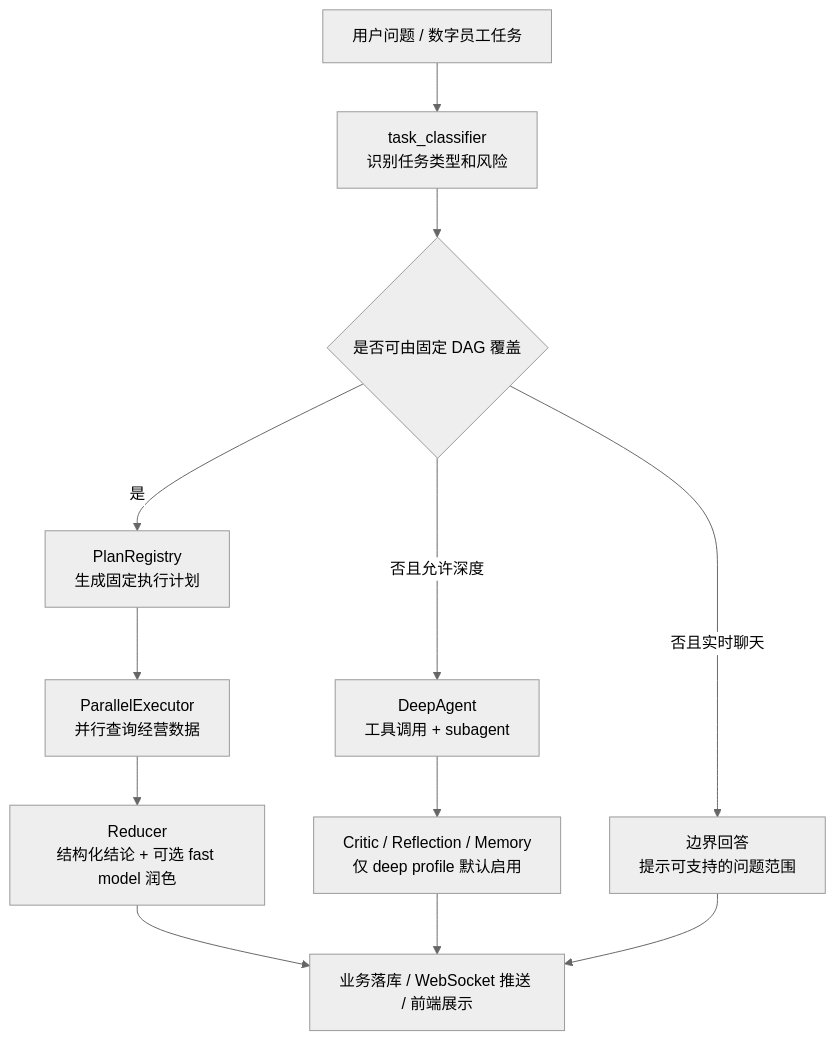
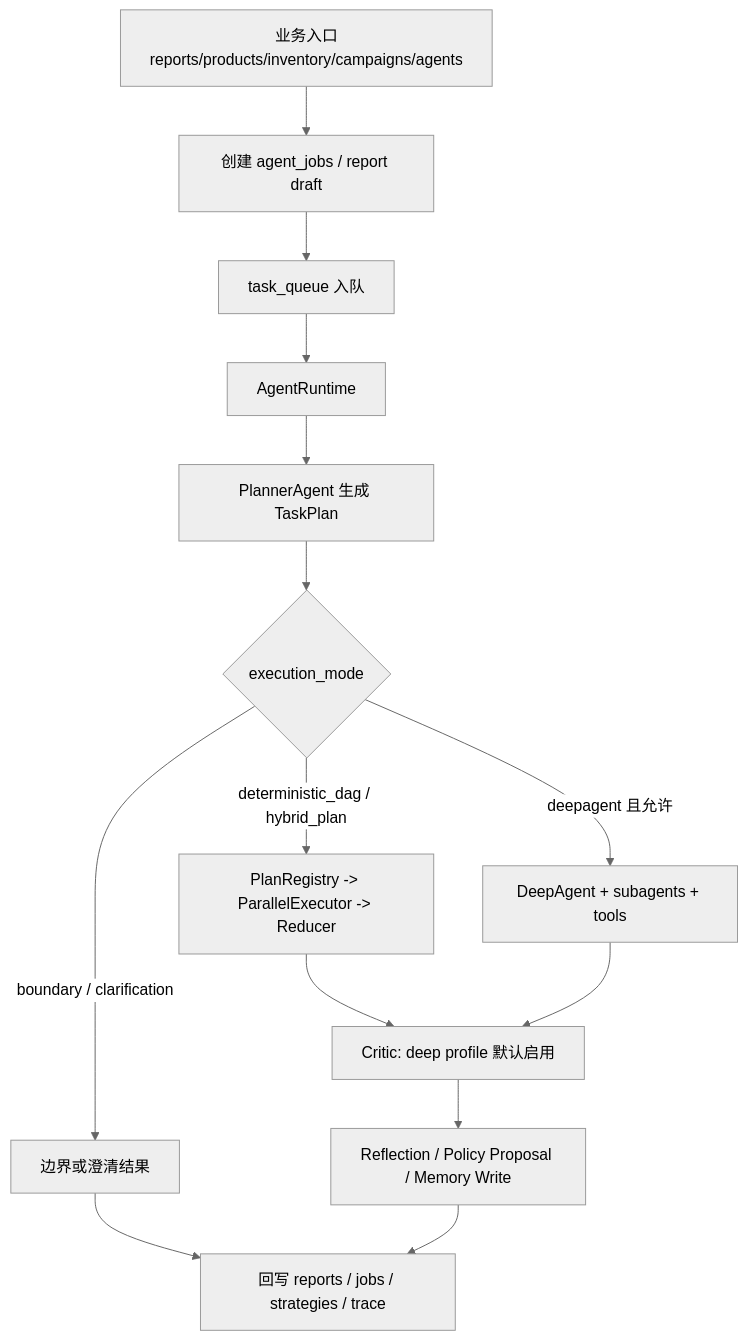
Before and after one commit to lbk119/EcommerceAgent: the third of 6 diagrams in README.md, drawn with Mermaid (neutral theme). The commit also changed other lines of this file and 48 other files, not shown here.

Commit message:
feat: add planner agent architecture docs

````diff
--- a/README.md
+++ b/README.md
@@ -52,14 +76,16 @@
 ```mermaid
 flowchart TD
-  Q["用户问题 / 数字员工任务"] --> C["task_classifier<br/>识别任务类型和风险"]
-  C --> P{"是否可由固定 DAG 覆盖"}
-  P -->|是| R["PlanRegistry<br/>生成固定执行计划"]
-  R --> E["ParallelExecutor<br/>并行查询经营数据"]
-  E --> D["Reducer<br/>结构化结论 + 可选 fast model 润色"]
-  D --> O["业务落库 / WebSocket 推送 / 前端展示"]
-  P -->|否且允许深度| G["DeepAgent<br/>工具调用 + subagent"]
-  G --> K["Critic / Reflection / Memory<br/>仅 deep profile 默认启用"]
-  K --> O
-  P -->|否且实时聊天| B["边界回答<br/>提示可支持的问题范围"]
-  B --> O
+  Start["业务入口<br/>reports/products/inventory/campaigns/agents"] --> Job["创建 agent_jobs / report draft"]
+  Job --> Queue["task_queue 入队"]
+  Queue --> Runtime["AgentRuntime"]
+  Runtime --> Plan["PlannerAgent 生成 TaskPlan"]
+  Plan --> ExecMode{"execution_mode"}
+  ExecMode -->|deterministic_dag / hybrid_plan| DAG["PlanRegistry -> ParallelExecutor -> Reducer"]
+  ExecMode -->|deepagent 且允许| Deep["DeepAgent + subagents + tools"]
+  ExecMode -->|boundary / clarification| Boundary["边界或澄清结果"]
+  DAG --> Critic["Critic: deep profile 默认启用"]
+  Deep --> Critic
+  Boundary --> Persist["结果持久化"]
+  Critic --> Reflect["Reflection / Policy Proposal / Memory Write"]
+  Reflect --> Persist["回写 reports / jobs / strategies / trace"]
 ```
````
